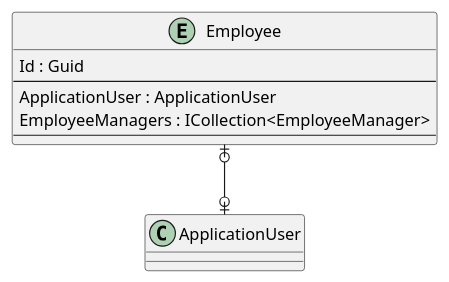
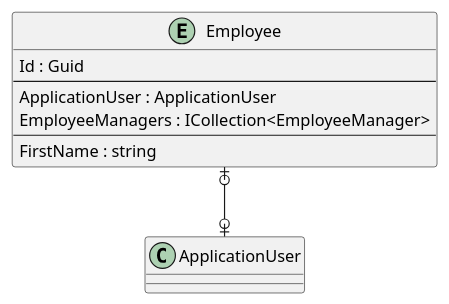
The diagram in .docs/Intrepion.EmployeeManagers.pu (intrepion/intrepion_employee-managers_csharp), drawn with PlantUML before and after one commit.

```diff
--- a/.docs/Intrepion.EmployeeManagers.pu
+++ b/.docs/Intrepion.EmployeeManagers.pu
@@ -1,18 +1,19 @@
 @startuml
 
 entity Employee {
     Id : Guid
     --
     ApplicationUser : ApplicationUser
     EmployeeManagers : ICollection<EmployeeManager>
     ' EmployeeKeyCodePlaceholder
     --
+    FirstName : string
     ' EmployeePropertyCodePlaceholder
 }
 
 ' EntityCodePlaceholder
 
 Employee |o--o| ApplicationUser
 ' RelationshipCodePlaceholder
 
 @enduml
```
